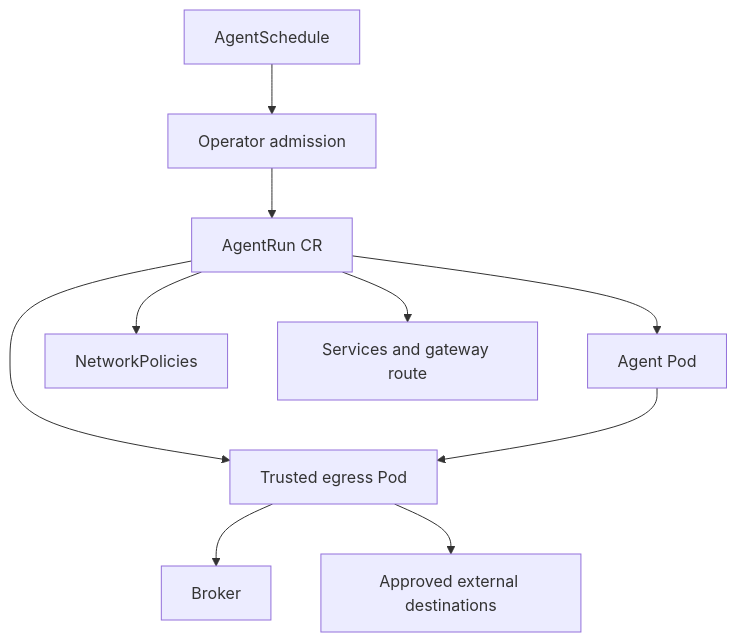
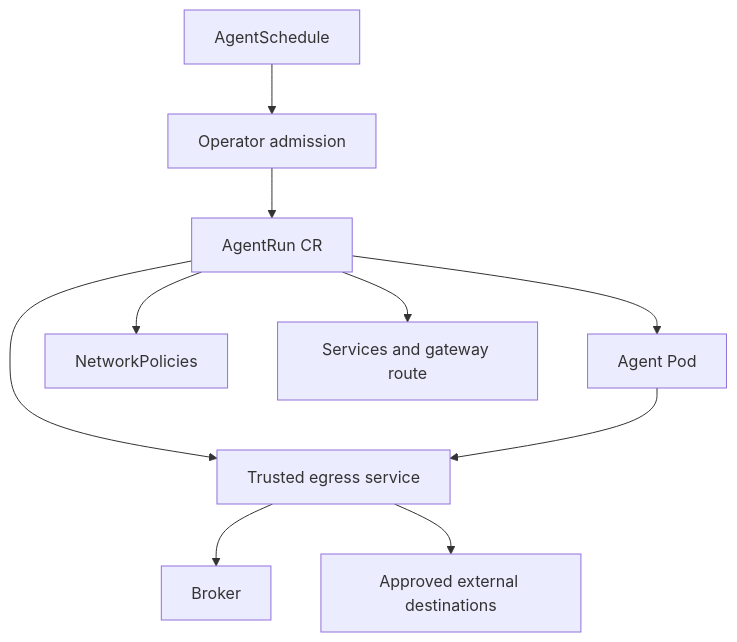
One commit to mirkoSekulic/nvt-agent changed the third of 3 diagrams in README.md. Above: the diagram before and after it, drawn with Mermaid. The commit also changed 27 other files, not shown here.

````diff
--- a/README.md
+++ b/README.md
@@ -127,12 +127,12 @@
 ```mermaid
 flowchart TD
     S[AgentSchedule] --> O[Operator admission]
     O --> R[AgentRun CR]
     R --> AP[Agent Pod]
-    R --> EP[Trusted egress Pod]
+    R --> EP[Trusted egress service]
     R --> NP[NetworkPolicies]
     R --> SV[Services and gateway route]
     AP --> EP
     EP --> B[Broker]
     EP --> NET[Approved external destinations]
 ```
````
